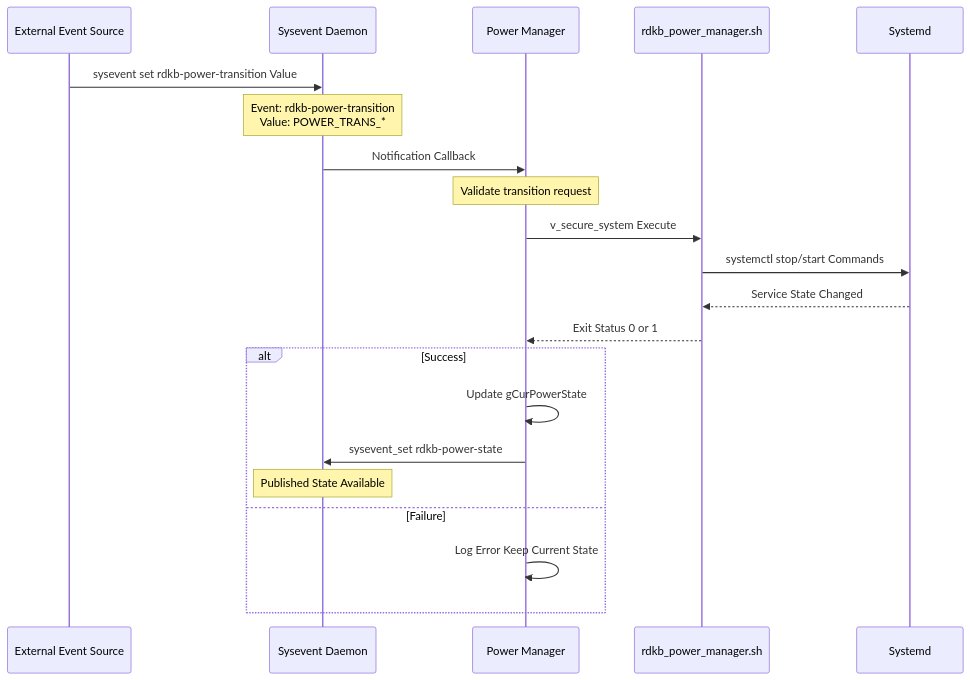
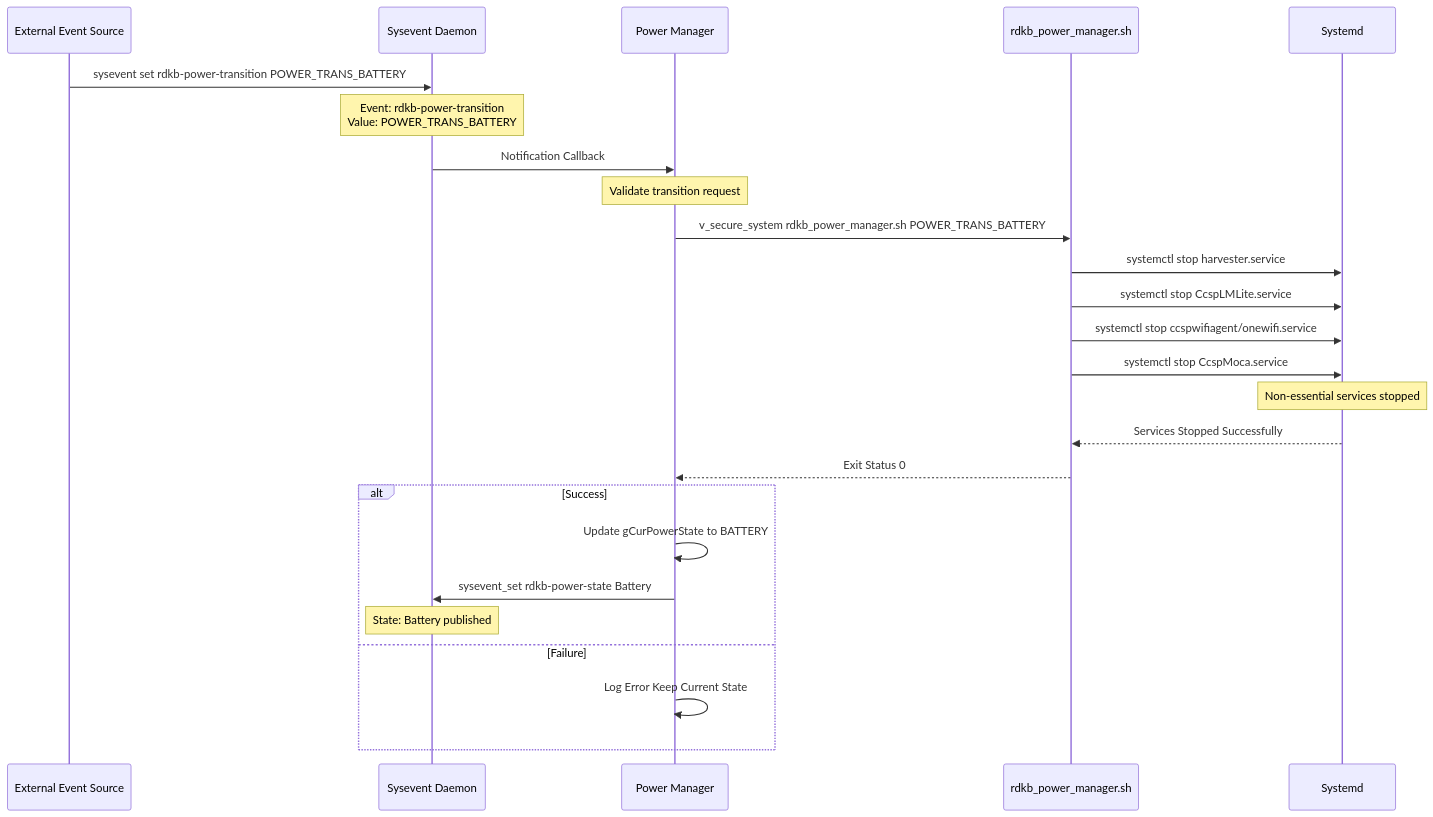
The sixth of 7 diagrams in docs/docu/dec17/power-manager-feb27.md (rns21/RDK_Documentation), drawn with Mermaid before and after one commit. The commit also changed other lines of this file, not shown here.

````diff
--- a/docs/docu/dec17/power-manager-feb27.md
+++ b/docs/docu/dec17/power-manager-feb27.md
@@ -324,25 +351,29 @@
 ```mermaid
 sequenceDiagram
     participant External as External Event Source
     participant Sysevent as Sysevent Daemon
     participant PowerMgr as Power Manager
     participant Script as rdkb_power_manager.sh
     participant Systemd as Systemd
 
-    External->>Sysevent: sysevent set rdkb-power-transition Value
-    Note over Sysevent: Event: rdkb-power-transition<br/>Value: POWER_TRANS_*
+    External->>Sysevent: sysevent set rdkb-power-transition POWER_TRANS_BATTERY
+    Note over Sysevent: Event: rdkb-power-transition<br/>Value: POWER_TRANS_BATTERY
     Sysevent->>PowerMgr: Notification Callback
     Note over PowerMgr: Validate transition request
-    PowerMgr->>Script: v_secure_system Execute
-    Script->>Systemd: systemctl stop/start Commands
-    Systemd-->>Script: Service State Changed
-    Script-->>PowerMgr: Exit Status 0 or 1
+    PowerMgr->>Script: v_secure_system rdkb_power_manager.sh POWER_TRANS_BATTERY
+    Script->>Systemd: systemctl stop harvester.service
+    Script->>Systemd: systemctl stop CcspLMLite.service
+    Script->>Systemd: systemctl stop ccspwifiagent/onewifi.service
+    Script->>Systemd: systemctl stop CcspMoca.service
+    Note over Systemd: Non-essential services stopped
+    Systemd-->>Script: Services Stopped Successfully
+    Script-->>PowerMgr: Exit Status 0
     
     alt Success
-        PowerMgr->>PowerMgr: Update gCurPowerState
-        PowerMgr->>Sysevent: sysevent_set rdkb-power-state
-        Note over Sysevent: Published State Available
+        PowerMgr->>PowerMgr: Update gCurPowerState to BATTERY
+        PowerMgr->>Sysevent: sysevent_set rdkb-power-state Battery
+        Note over Sysevent: State: Battery published
     else Failure
         PowerMgr->>PowerMgr: Log Error Keep Current State
     end
 ```
````
